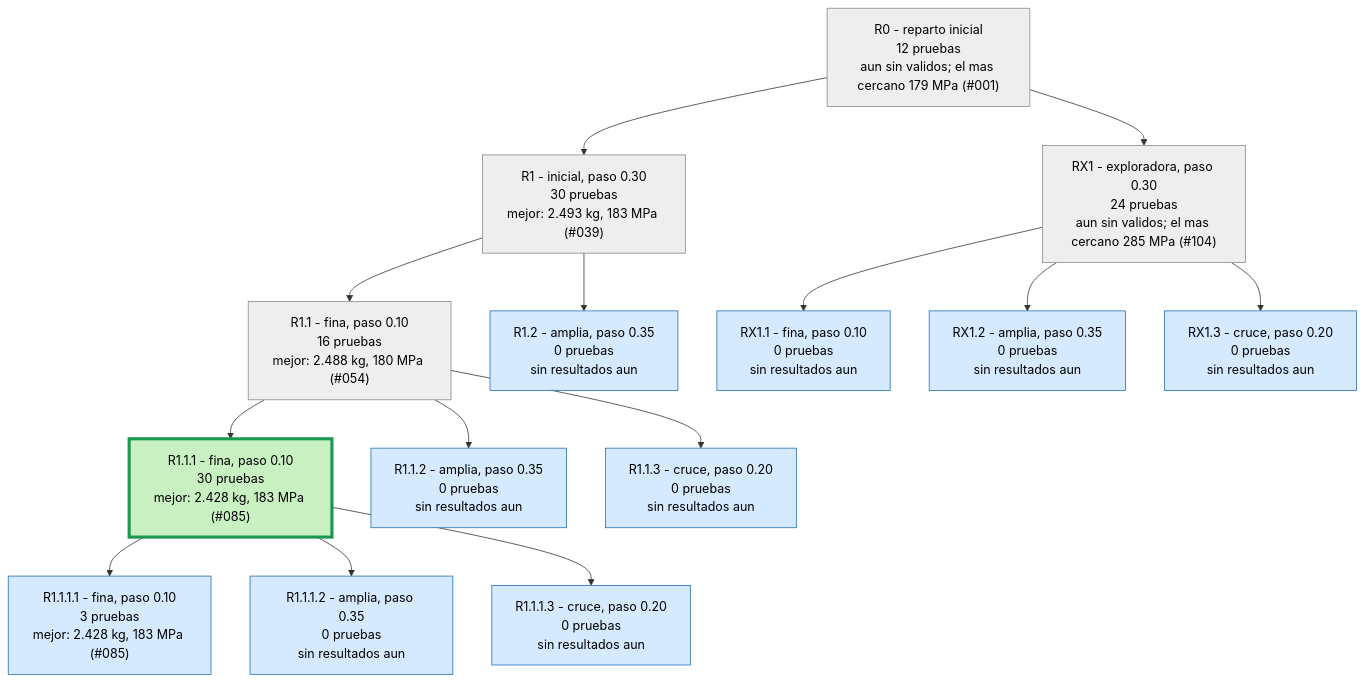
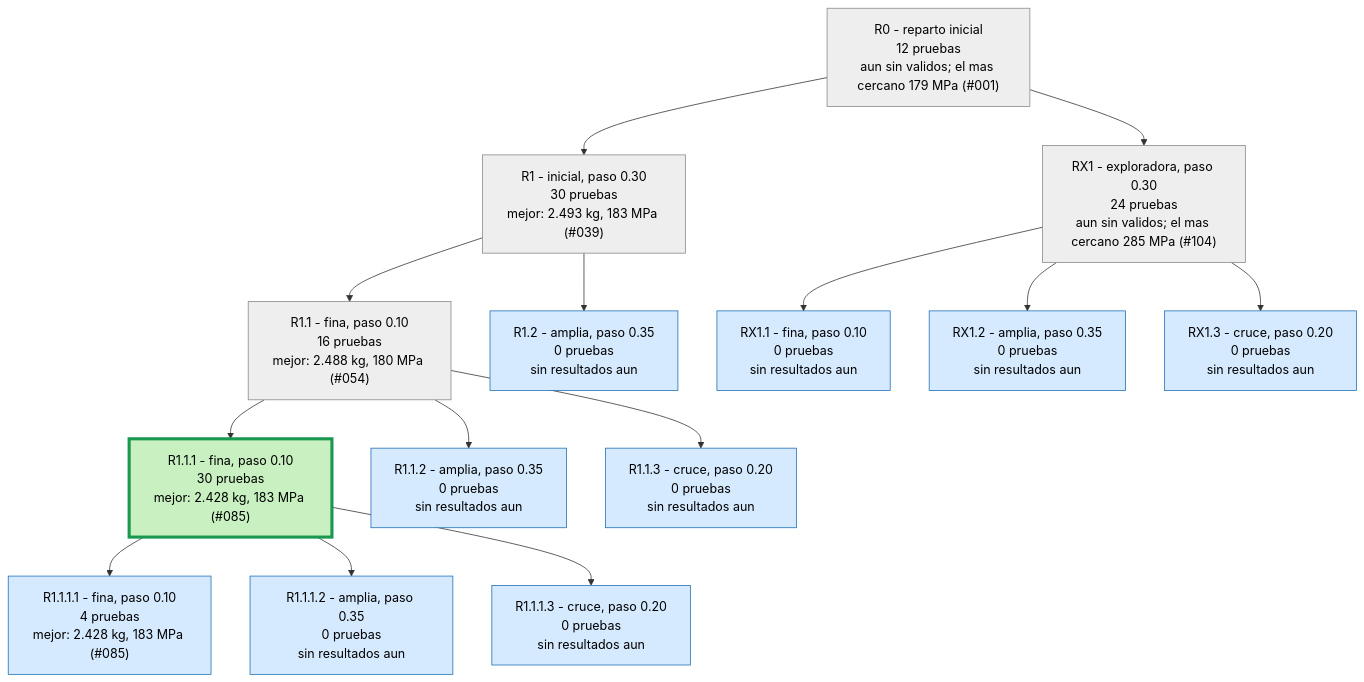
One commit to Hugiko/msd-soporte-optimizacion changed the second of 3 diagrams in runs/opt_37800N/ARBOL.md. Above: the diagram before and after it, drawn with Mermaid. The commit also changed 22 other files, not shown here.

````diff
--- a/runs/opt_37800N/ARBOL.md
+++ b/runs/opt_37800N/ARBOL.md
@@ -29,33 +29,33 @@
 ```mermaid
 graph TD
 classDef activa fill:#d6eaff,stroke:#1f6fb5,color:#000
 classDef fin fill:#eeeeee,stroke:#888,color:#000
 classDef mejor fill:#c8f0c0,stroke:#1a9850,stroke-width:4px,color:#000
 R0["R0 - reparto inicial<br/>12 pruebas<br/>aun sin validos; el mas cercano 179 MPa (#001)"]:::fin
 R1["R1 - inicial, paso 0.30<br/>30 pruebas<br/>mejor: 2.493 kg, 183 MPa (#039)"]:::fin
 R0 --> R1
 R1_1["R1.1 - fina, paso 0.10<br/>16 pruebas<br/>mejor: 2.488 kg, 180 MPa (#054)"]:::fin
 R1 --> R1_1
 R1_2["R1.2 - amplia, paso 0.35<br/>0 pruebas<br/>sin resultados aun"]:::activa
 R1 --> R1_2
 R1_1_1["R1.1.1 - fina, paso 0.10<br/>30 pruebas<br/>mejor: 2.428 kg, 183 MPa (#085)"]:::mejor
 R1_1 --> R1_1_1
 R1_1_2["R1.1.2 - amplia, paso 0.35<br/>0 pruebas<br/>sin resultados aun"]:::activa
 R1_1 --> R1_1_2
 R1_1_3["R1.1.3 - cruce, paso 0.20<br/>0 pruebas<br/>sin resultados aun"]:::activa
 R1_1 --> R1_1_3
-R1_1_1_1["R1.1.1.1 - fina, paso 0.10<br/>3 pruebas<br/>mejor: 2.428 kg, 183 MPa (#085)"]:::activa
+R1_1_1_1["R1.1.1.1 - fina, paso 0.10<br/>4 pruebas<br/>mejor: 2.428 kg, 183 MPa (#085)"]:::activa
 R1_1_1 --> R1_1_1_1
 R1_1_1_2["R1.1.1.2 - amplia, paso 0.35<br/>0 pruebas<br/>sin resultados aun"]:::activa
 R1_1_1 --> R1_1_1_2
 R1_1_1_3["R1.1.1.3 - cruce, paso 0.20<br/>0 pruebas<br/>sin resultados aun"]:::activa
 R1_1_1 --> R1_1_1_3
 RX1["RX1 - exploradora, paso 0.30<br/>24 pruebas<br/>aun sin validos; el mas cercano 285 MPa (#104)"]:::fin
 R0 --> RX1
 RX1_1["RX1.1 - fina, paso 0.10<br/>0 pruebas<br/>sin resultados aun"]:::activa
 RX1 --> RX1_1
 RX1_2["RX1.2 - amplia, paso 0.35<br/>0 pruebas<br/>sin resultados aun"]:::activa
 RX1 --> RX1_2
 RX1_3["RX1.3 - cruce, paso 0.20<br/>0 pruebas<br/>sin resultados aun"]:::activa
 RX1 --> RX1_3
 ```
````
